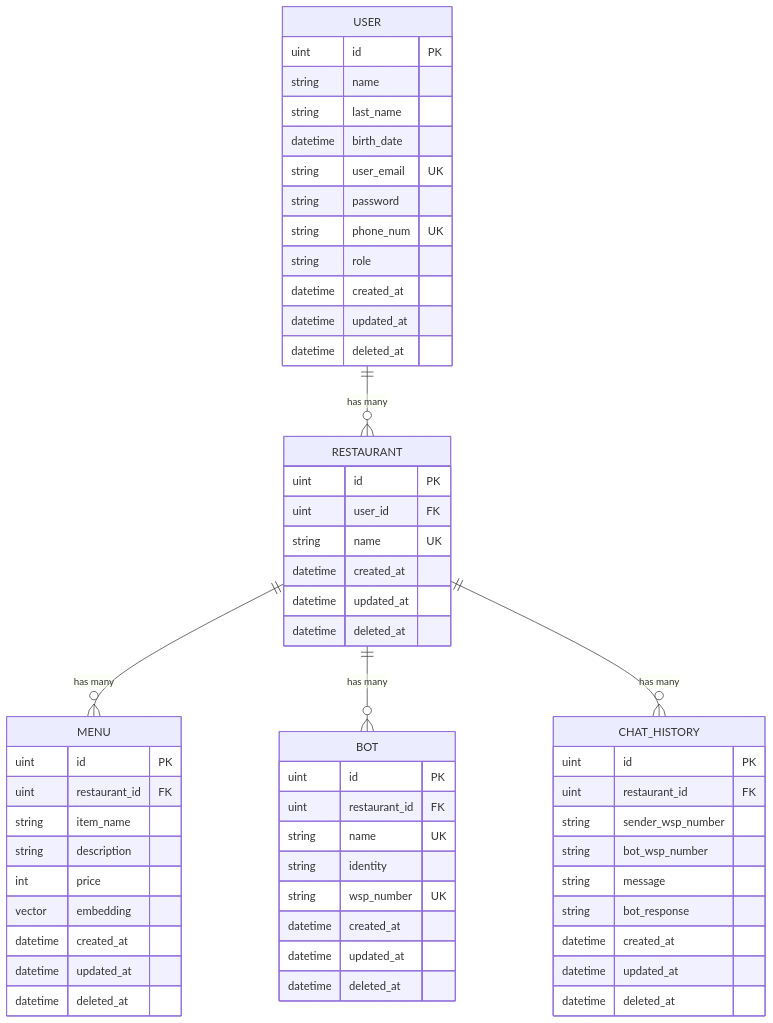
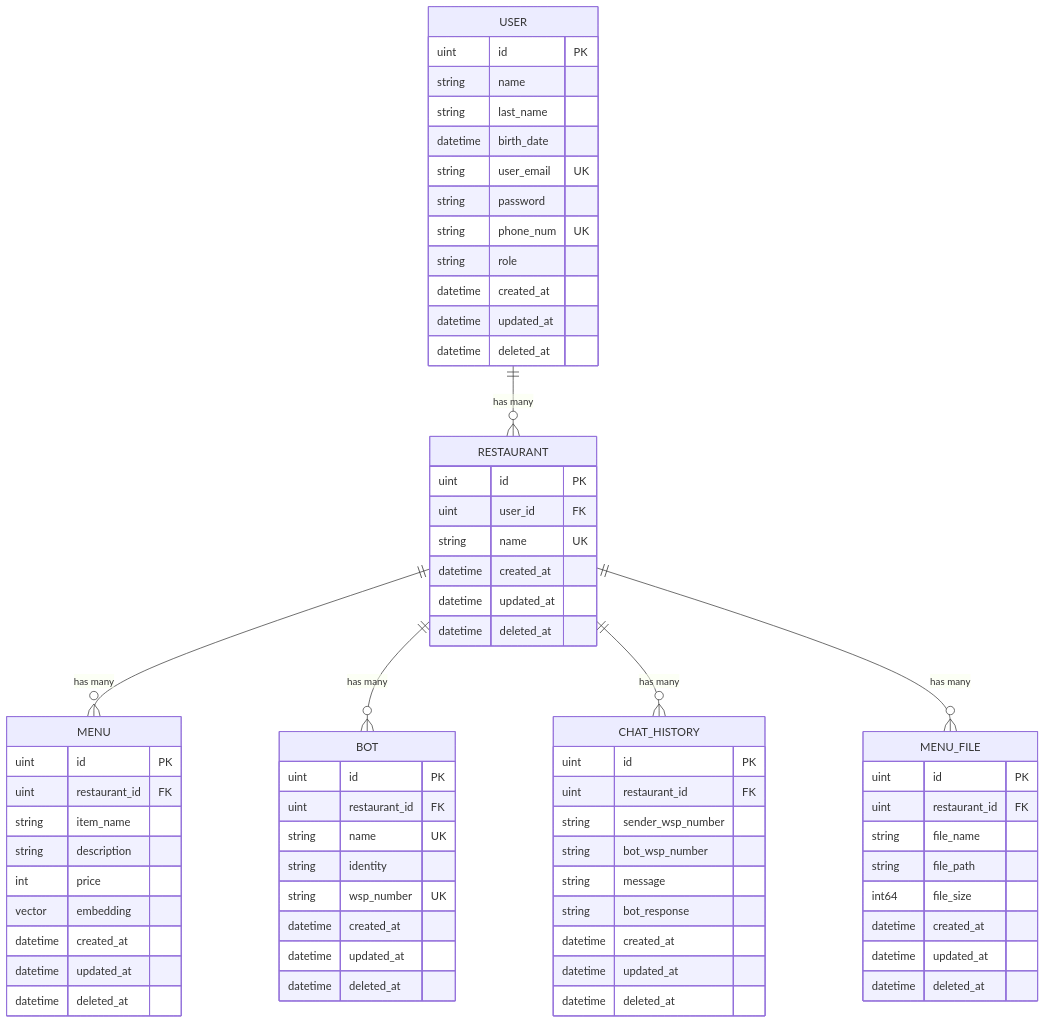
The diagram in README.md (myck45/customer_service_ai_agents), drawn with Mermaid before and after one commit.

Commit message:
add MENU_FILE entity to README with relationships to RESTAURANT

````diff
--- a/README.md
+++ b/README.md
@@ -74,8 +74,20 @@
         datetime deleted_at
     }
 
+    MENU_FILE {
+        uint id PK
+        uint restaurant_id FK
+        string file_name
+        string file_path
+        int64 file_size
+        datetime created_at
+        datetime updated_at
+        datetime deleted_at
+    }
+
     USER ||--o{ RESTAURANT : "has many"
     RESTAURANT ||--o{ MENU : "has many"
     RESTAURANT ||--o{ BOT : "has many"
     RESTAURANT ||--o{ CHAT_HISTORY : "has many"
+    RESTAURANT ||--o{ MENU_FILE : "has many"
 ```
````
